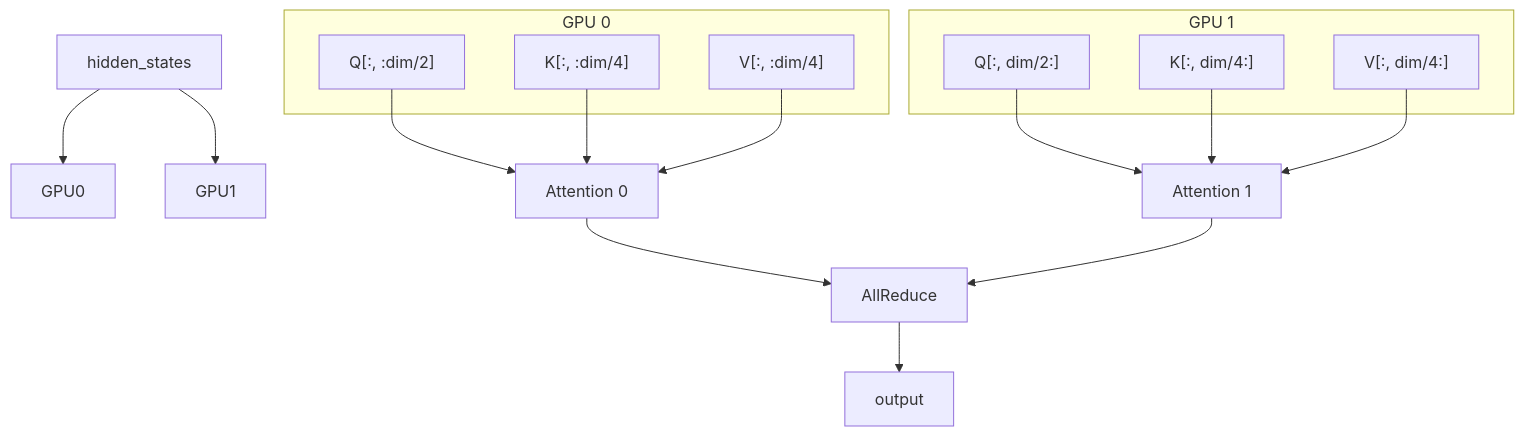
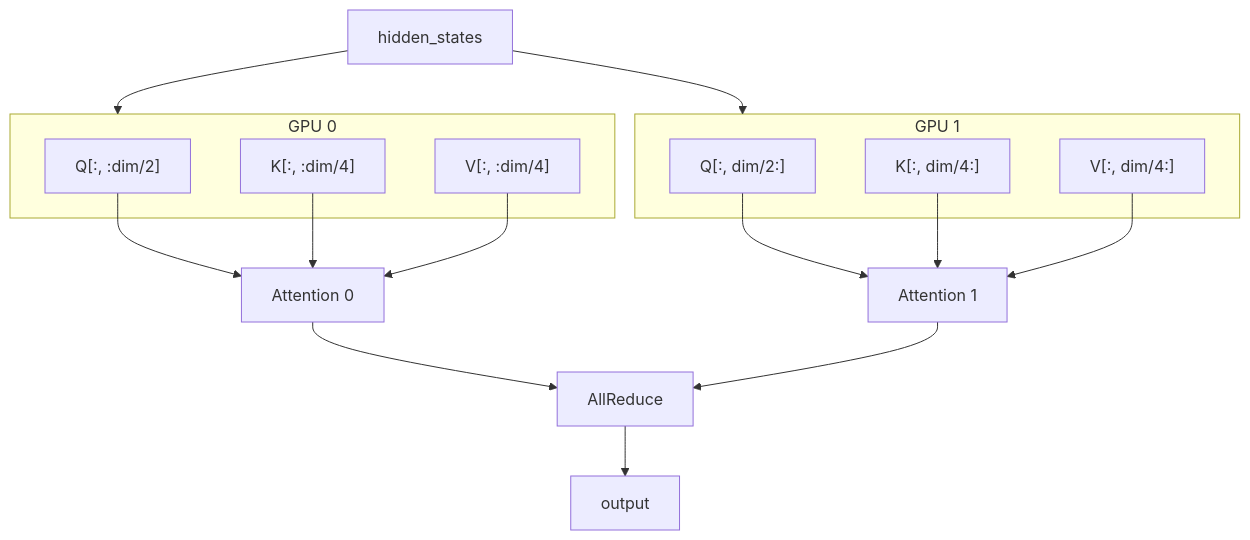
One commit to SuperMarioYL/vllm-book changed the sixth of 7 diagrams in content/docs/04-code-walkthrough/03-model-forward.md. Above: the diagram before and after it, drawn with Mermaid. The commit also changed other lines of this file and 7 other files, not shown here.

````diff
--- a/content/docs/04-code-walkthrough/03-model-forward.md
+++ b/content/docs/04-code-walkthrough/03-model-forward.md
@@ -622,29 +622,29 @@
 ```mermaid
 graph TD
-    subgraph GPU 0
+    subgraph gpu0["GPU 0"]
         Q0["Q[:, :dim/2]"]
         K0["K[:, :dim/4]"]
         V0["V[:, :dim/4]"]
     end
 
-    subgraph GPU 1
+    subgraph gpu1["GPU 1"]
         Q1["Q[:, dim/2:]"]
         K1["K[:, dim/4:]"]
         V1["V[:, dim/4:]"]
     end
 
-    Input["hidden_states"] --> GPU0
-    Input --> GPU1
+    Input["hidden_states"] --> gpu0
+    Input --> gpu1
 
     Q0 --> Attn0["Attention 0"]
     K0 --> Attn0
     V0 --> Attn0
 
     Q1 --> Attn1["Attention 1"]
     K1 --> Attn1
     V1 --> Attn1
 
     Attn0 --> AllReduce
     Attn1 --> AllReduce
     AllReduce --> Output["output"]
 ```
````
